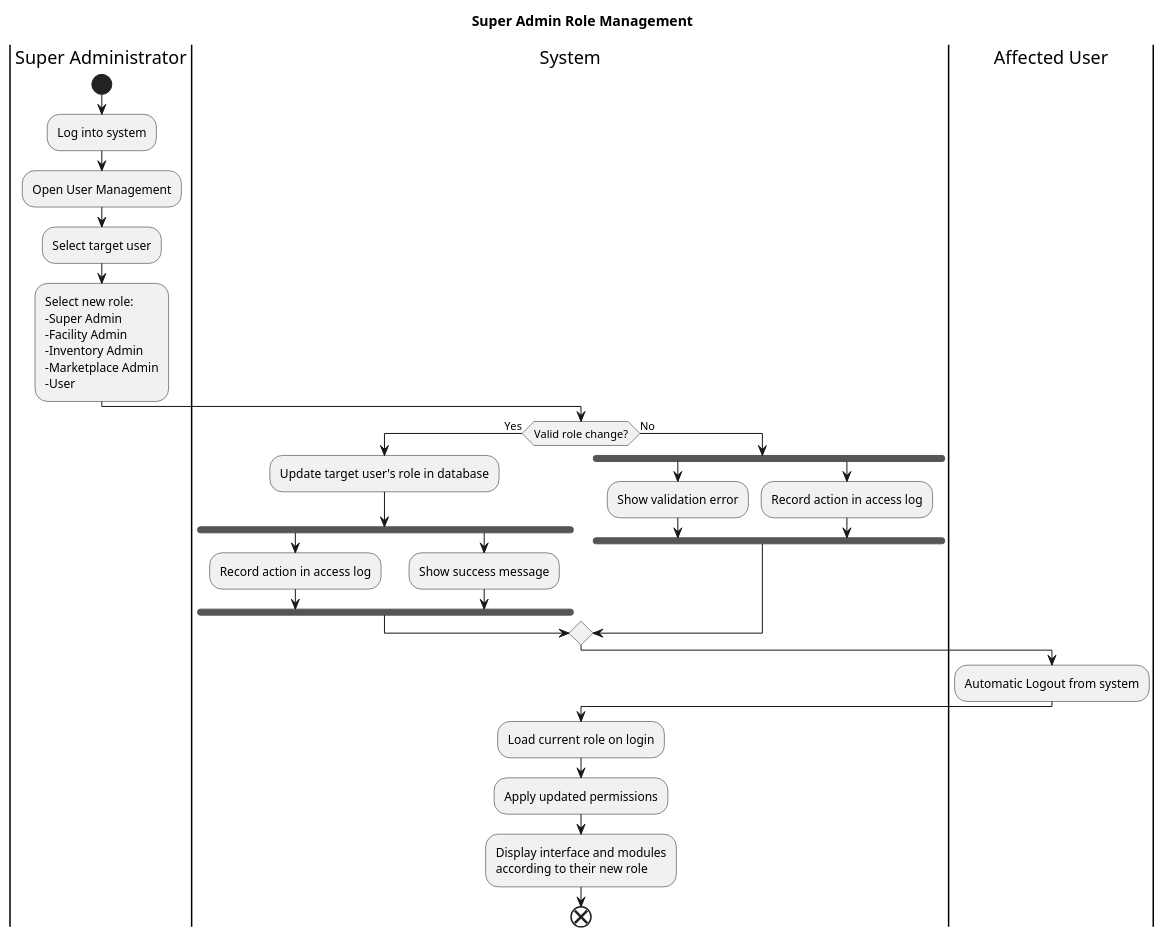
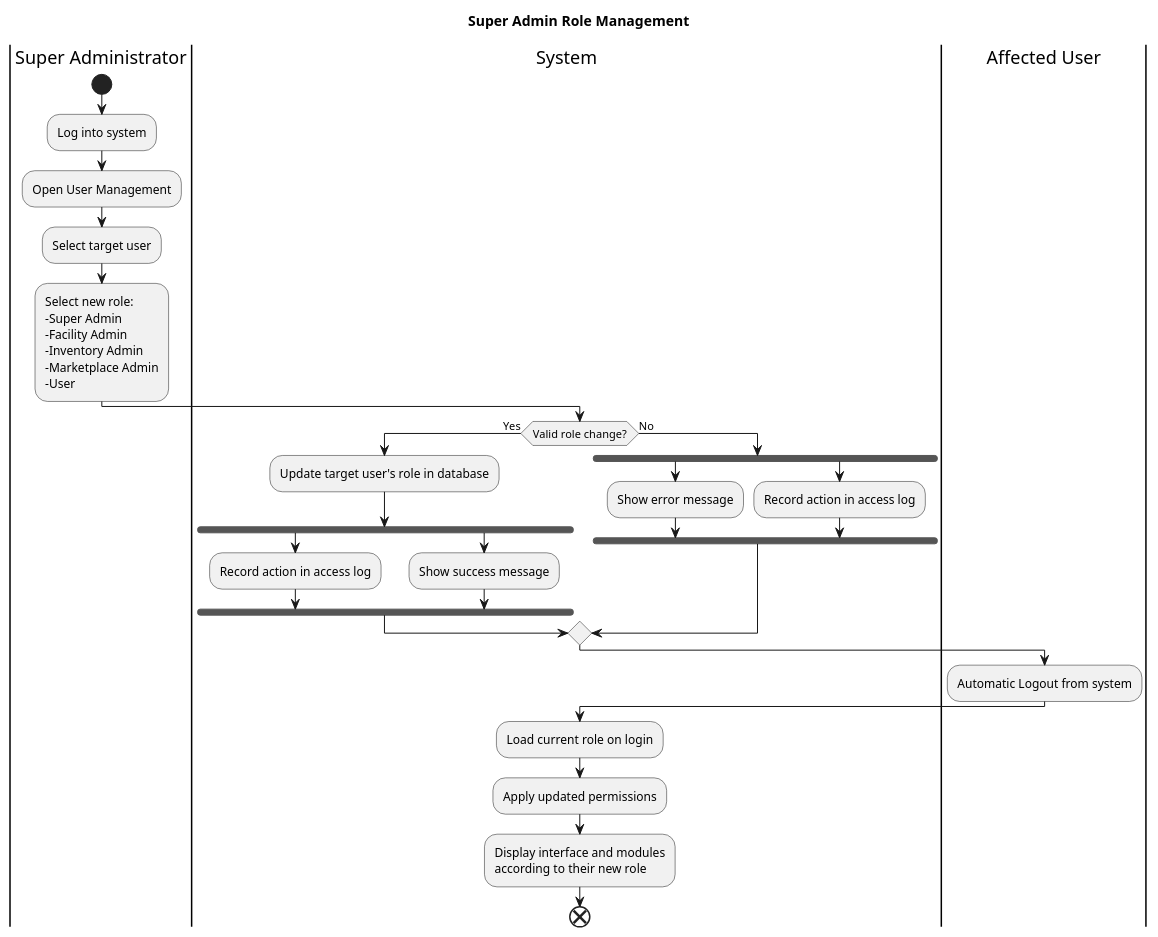
The diagram in activityDiagrams/Site Admin Role Management.puml (JanPerez35/PlantUML), drawn with PlantUML before and after one commit. The commit also changed 2 other files, not shown here.

Commit message:
Updated activity diagrams texts.

```diff
--- a/activityDiagrams/Site Admin Role Management.puml
+++ b/activityDiagrams/Site Admin Role Management.puml
@@ -1,44 +1,44 @@
 @startuml
 title Super Admin Role Management
 
 |Super Administrator|
 start
 :Log into system;
 :Open User Management;
 :Select target user;
 :Select new role:
 -Super Admin
 -Facility Admin
 -Inventory Admin
 -Marketplace Admin
 -User;
 
 |System|
 if (Valid role change?) then (Yes)
     :Update target user's role in database;
 
     fork
       :Record action in access log;
     fork again
       :Show success message;
     end fork
 
   else (No)
   fork
-    :Show validation error;
+    :Show error message;
     fork again;
     :Record action in access log;
     end fork
   endif
 
 
 |Affected User|
 :Automatic Logout from system;
 
 |System|
 :Load current role on login;
 :Apply updated permissions;
 :Display interface and modules\naccording to their new role;
 
 end
 @enduml
```
